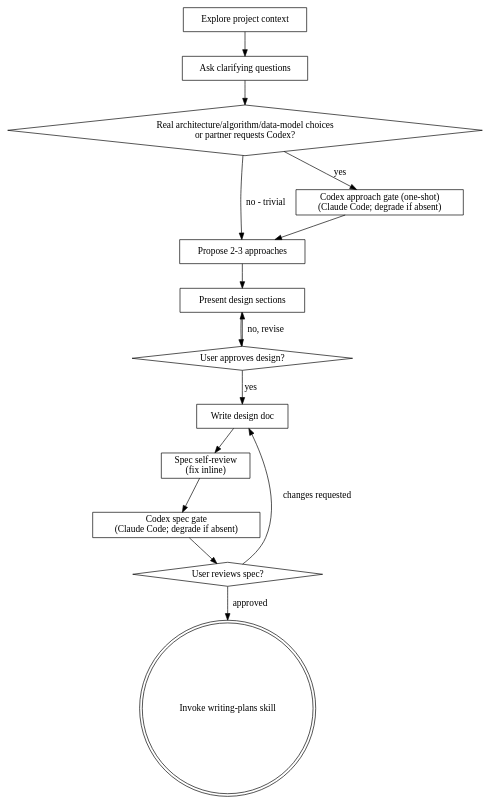
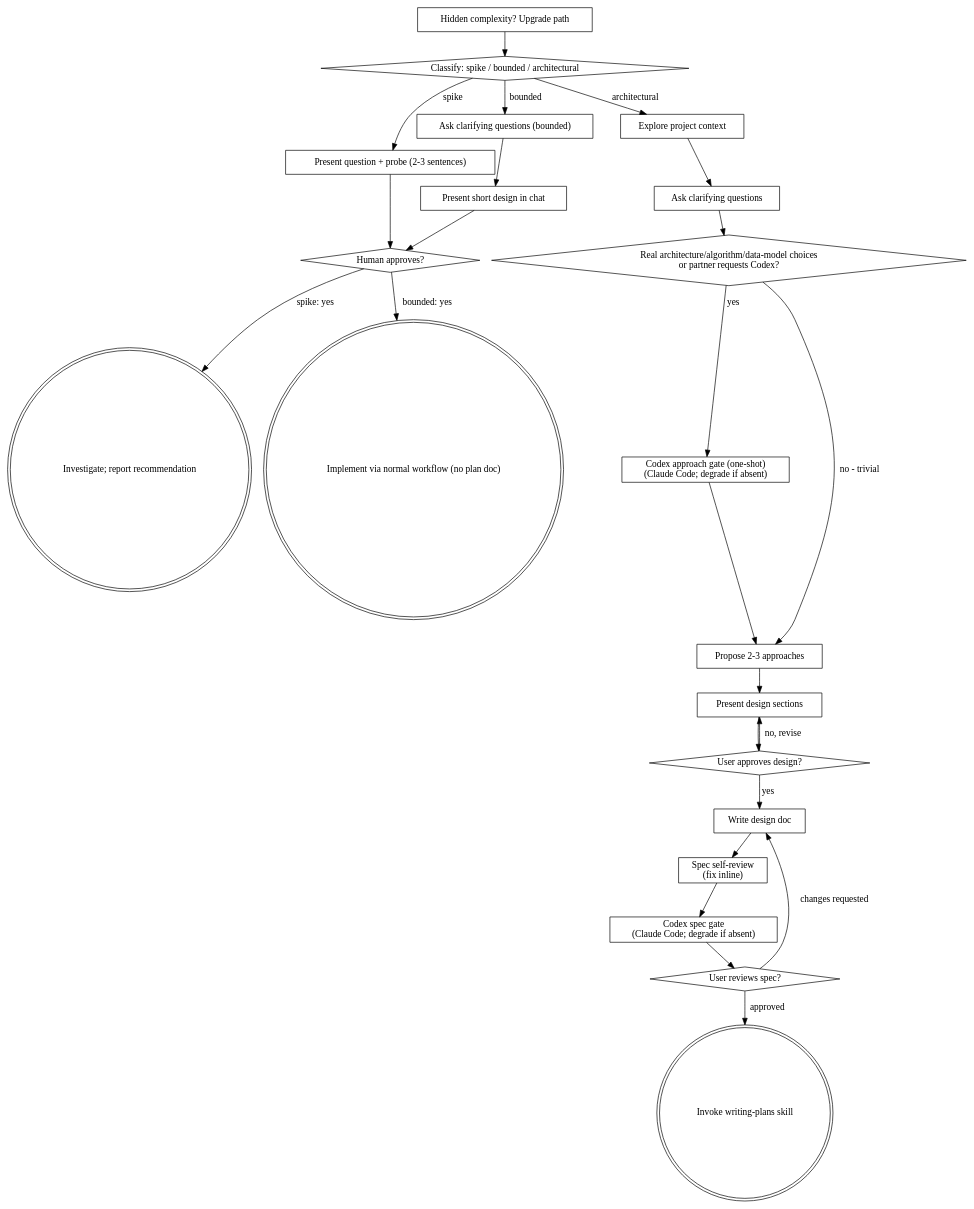
The diagram in skills/brainstorming/SKILL.md (scott-arne/hyperpowers), drawn with Graphviz before and after one commit. The commit also changed other lines of this file, not shown here.

Commit message:
feat(brainstorming): three-path router with fork Codex gates re-hung

````diff
--- a/skills/brainstorming/SKILL.md
+++ b/skills/brainstorming/SKILL.md
@@ -37,31 +117,48 @@
 ```dot
 digraph brainstorming {
+    "Classify: spike / bounded / architectural" [shape=diamond];
+    "Present question + probe (2-3 sentences)" [shape=box];
+    "Ask clarifying questions (bounded)" [shape=box];
+    "Present short design in chat" [shape=box];
+    "Human approves?" [shape=diamond];
+    "Investigate; report recommendation" [shape=doublecircle];
+    "Implement via normal workflow (no plan doc)" [shape=doublecircle];
     "Explore project context" [shape=box];
     "Ask clarifying questions" [shape=box];
+    "Real architecture/algorithm/data-model choices\nor partner requests Codex?" [shape=diamond];
+    "Codex approach gate (one-shot)\n(Claude Code; degrade if absent)" [shape=box];
     "Propose 2-3 approaches" [shape=box];
     "Present design sections" [shape=box];
     "User approves design?" [shape=diamond];
     "Write design doc" [shape=box];
     "Spec self-review\n(fix inline)" [shape=box];
     "Codex spec gate\n(Claude Code; degrade if absent)" [shape=box];
     "User reviews spec?" [shape=diamond];
     "Invoke writing-plans skill" [shape=doublecircle];
+    "Hidden complexity? Upgrade path" [shape=box];
 
-    "Real architecture/algorithm/data-model choices\nor partner requests Codex?" [shape=diamond];
-    "Codex approach gate (one-shot)\n(Claude Code; degrade if absent)" [shape=box];
+    "Classify: spike / bounded / architectural" -> "Present question + probe (2-3 sentences)" [label="spike"];
+    "Classify: spike / bounded / architectural" -> "Ask clarifying questions (bounded)" [label="bounded"];
+    "Classify: spike / bounded / architectural" -> "Explore project context" [label="architectural"];
+    "Present question + probe (2-3 sentences)" -> "Human approves?";
+    "Ask clarifying questions (bounded)" -> "Present short design in chat";
+    "Present short design in chat" -> "Human approves?";
+    "Human approves?" -> "Investigate; report recommendation" [label="spike: yes"];
+    "Human approves?" -> "Implement via normal workflow (no plan doc)" [label="bounded: yes"];
+    "Hidden complexity? Upgrade path" -> "Classify: spike / bounded / architectural";
     "Explore project context" -> "Ask clarifying questions";
     "Ask clarifying questions" -> "Real architecture/algorithm/data-model choices\nor partner requests Codex?";
     "Real architecture/algorithm/data-model choices\nor partner requests Codex?" -> "Codex approach gate (one-shot)\n(Claude Code; degrade if absent)" [label="yes"];
     "Real architecture/algorithm/data-model choices\nor partner requests Codex?" -> "Propose 2-3 approaches" [label="no - trivial"];
     "Codex approach gate (one-shot)\n(Claude Code; degrade if absent)" -> "Propose 2-3 approaches";
     "Propose 2-3 approaches" -> "Present design sections";
     "Present design sections" -> "User approves design?";
     "User approves design?" -> "Present design sections" [label="no, revise"];
     "User approves design?" -> "Write design doc" [label="yes"];
     "Write design doc" -> "Spec self-review\n(fix inline)";
     "Spec self-review\n(fix inline)" -> "Codex spec gate\n(Claude Code; degrade if absent)";
     "Codex spec gate\n(Claude Code; degrade if absent)" -> "User reviews spec?";
     "User reviews spec?" -> "Write design doc" [label="changes requested"];
     "User reviews spec?" -> "Invoke writing-plans skill" [label="approved"];
 }
 ```
````
